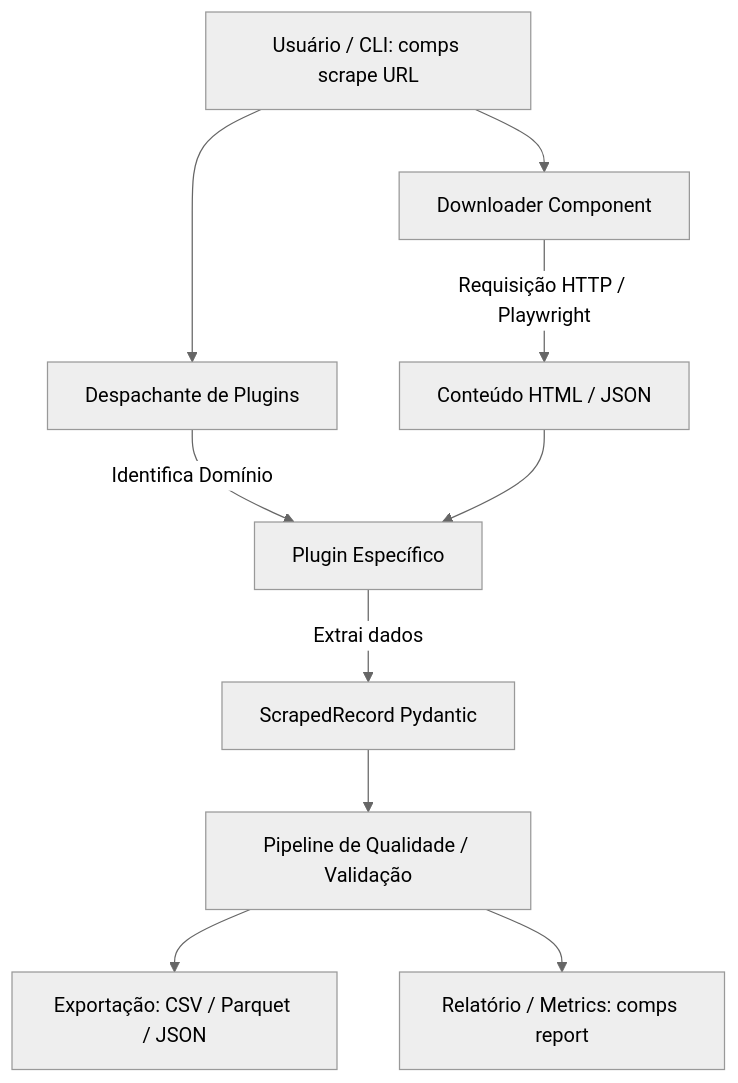
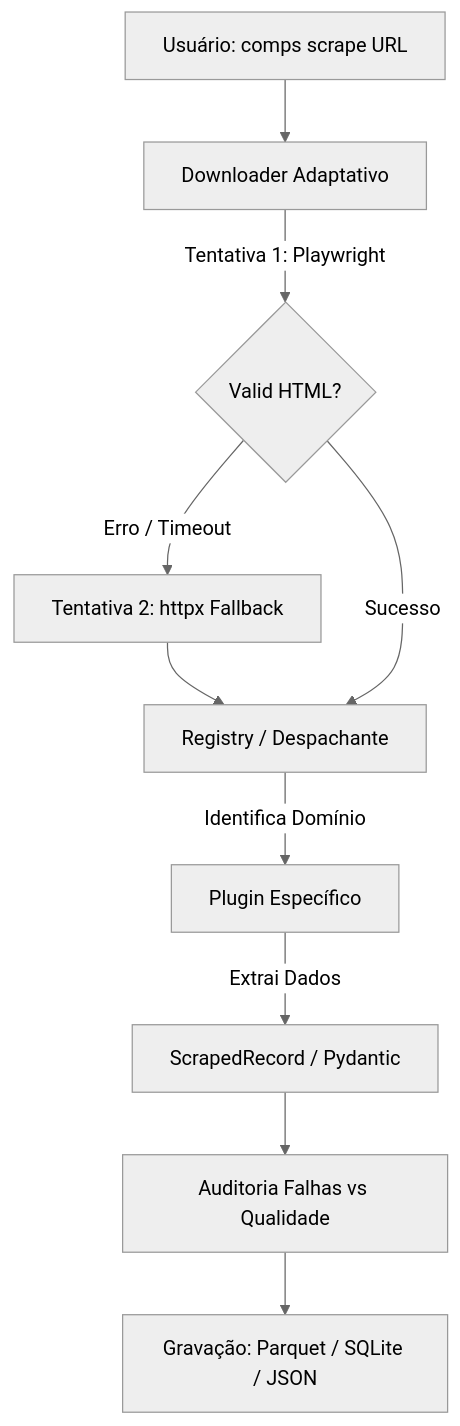
One commit to elycbarros/compsognathus changed the diagram in O_QUE_SOU.md. Above: the diagram before and after it, drawn with Mermaid (neutral theme). The commit also changed other lines of this file and 4 other files, not shown here.

````diff
--- a/O_QUE_SOU.md
+++ b/O_QUE_SOU.md
@@ -67,12 +74,12 @@
 ```mermaid
 flowchart TD
-    A[Usuário / CLI: comps scrape URL] --> B[Despachante de Plugins]
-    B -->|Identifica Domínio| C[Plugin Específico]
-    A --> D[Downloader Component]
-    D -->|Requisição HTTP / Playwright| E[Conteúdo HTML / JSON]
-    E --> C
-    C -->|Extrai dados| F[ScrapedRecord Pydantic]
-    F --> G[Pipeline de Qualidade / Validação]
-    G --> H[Exportação: CSV / Parquet / JSON]
-    G --> I[Relatório / Metrics: comps report]
+    A[Usuário: comps scrape URL] --> B[Downloader Adaptativo]
+    B -->|Tentativa 1: Playwright| C{Valid HTML?}
+    C -- Erro / Timeout --> D[Tentativa 2: httpx Fallback]
+    D --> E[Registry / Despachante]
+    C -- Sucesso --> E
+    E -->|Identifica Domínio| F[Plugin Específico]
+    F -->|Extrai Dados| G[ScrapedRecord / Pydantic]
+    G --> H[Auditoria Falhas vs Qualidade]
+    H --> I[Gravação: Parquet / SQLite / JSON]
 ```
````
